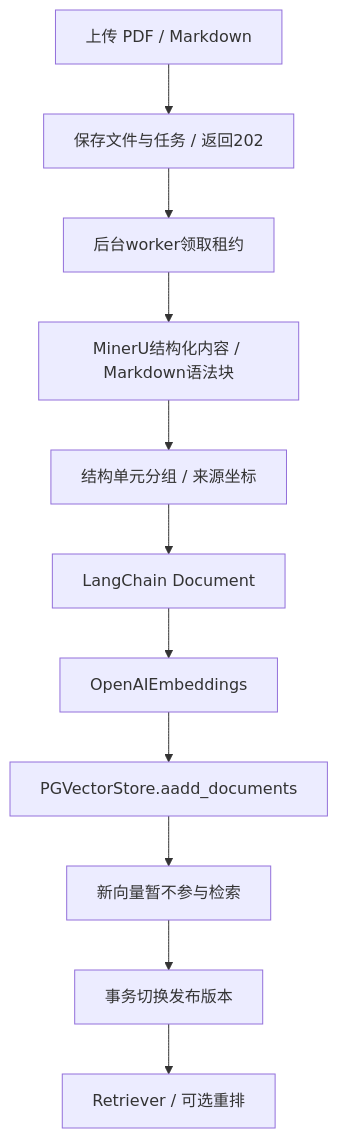
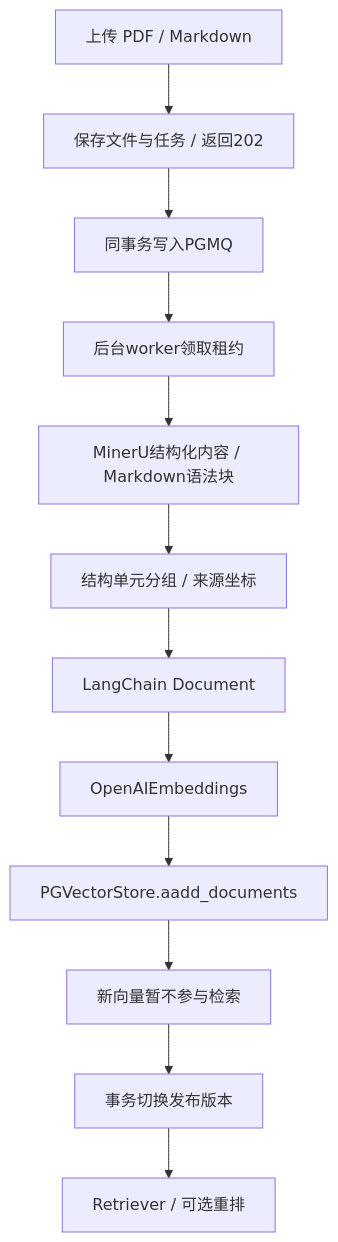
One commit to heyjianhang/xiaoma-assistant changed the first of 2 diagrams in docs/architecture.md. Above: the diagram before and after it, drawn with Mermaid. The commit also changed other lines of this file and 115 other files, not shown here.

````diff
--- a/docs/architecture.md
+++ b/docs/architecture.md
@@ -18,13 +20,14 @@
 ```mermaid
 flowchart TD
   Upload[上传 PDF / Markdown] --> Job[保存文件与任务 / 返回202]
-  Job --> Worker[后台worker领取租约]
+  Job --> Queue[同事务写入PGMQ]
+  Queue --> Worker[后台worker领取租约]
   Worker --> Parser[MinerU结构化内容 / Markdown语法块]
   Parser --> Chunk[结构单元分组 / 来源坐标]
   Chunk --> Doc[LangChain Document]
   Doc --> Embed[OpenAIEmbeddings]
   Embed --> Store[PGVectorStore.aadd_documents]
   Store --> Inactive[新向量暂不参与检索]
   Inactive --> Publish[事务切换发布版本]
   Publish --> Search[Retriever / 可选重排]
 ```
````
